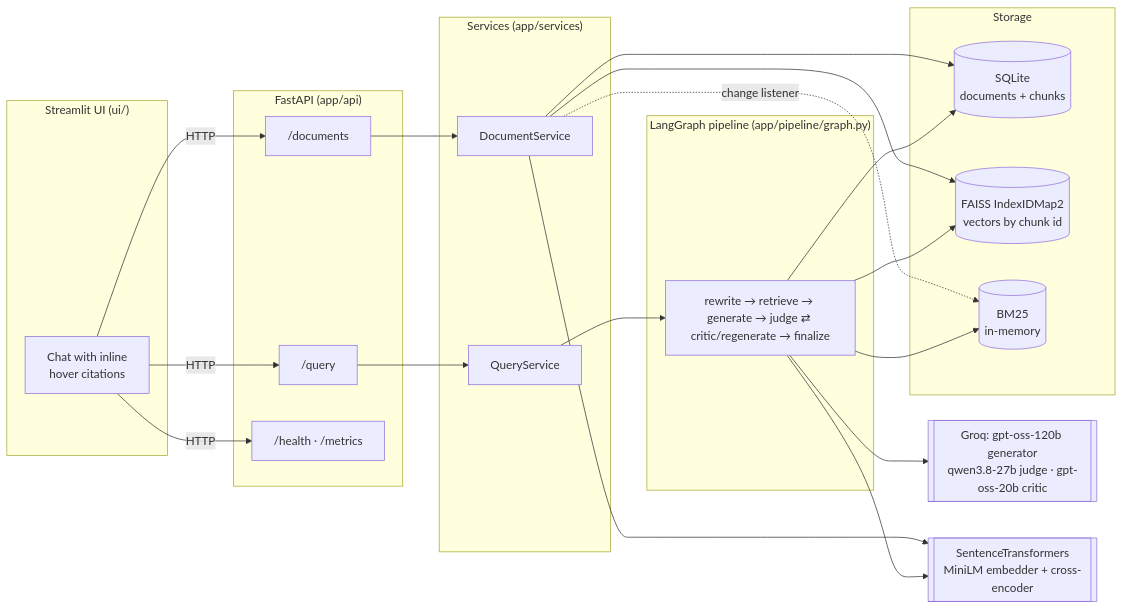
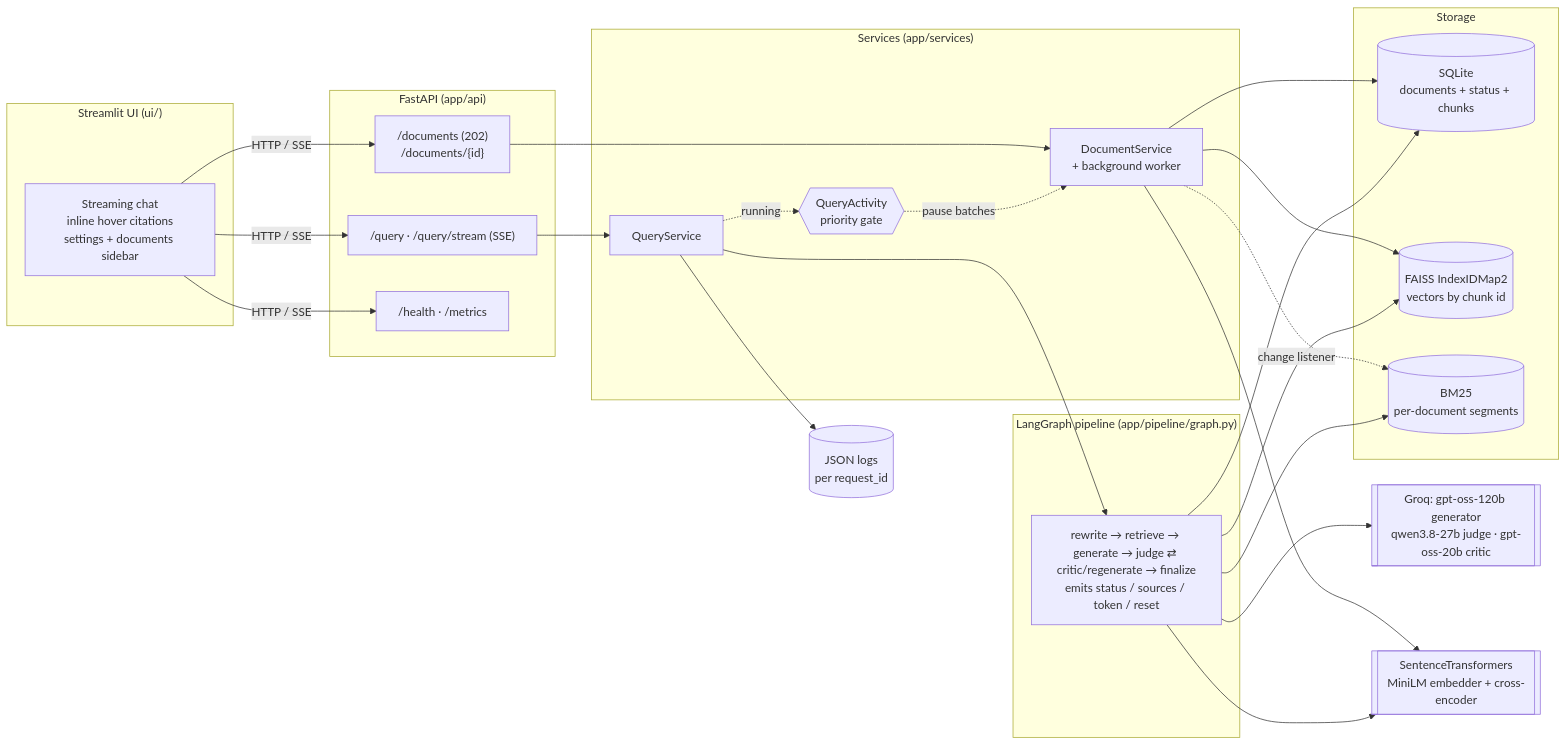
Before and after one commit to kalyani-2024/adversarial-rag: the first of 2 diagrams in docs/ARCHITECTURE.md, drawn with Mermaid. The commit also changed other lines of this file and 3 other files, not shown here.

First line of the commit message:
Docs: full consistency pass for streaming, background ingestion, faster retrieval

````diff
--- a/docs/ARCHITECTURE.md
+++ b/docs/ARCHITECTURE.md
@@ -7,33 +7,37 @@
 ```mermaid
 flowchart LR
     subgraph UI["Streamlit UI (ui/)"]
-        U[Chat with inline<br/>hover citations]
+        U[Streaming chat<br/>inline hover citations<br/>settings + documents sidebar]
     end
     subgraph API["FastAPI (app/api)"]
-        R1["/documents"]
-        R2["/query"]
+        R1["/documents (202)<br/>/documents/{id}"]
+        R2["/query · /query/stream (SSE)"]
         R3["/health · /metrics"]
     end
     subgraph Services["Services (app/services)"]
-        DS[DocumentService]
+        DS[DocumentService<br/>+ background worker]
         QS[QueryService]
+        PG{{QueryActivity<br/>priority gate}}
     end
     subgraph Pipeline["LangGraph pipeline (app/pipeline/graph.py)"]
-        G[rewrite → retrieve → generate → judge ⇄ critic/regenerate → finalize]
+        G[rewrite → retrieve → generate → judge ⇄ critic/regenerate → finalize<br/>emits status / sources / token / reset]
     end
     subgraph Storage
-        SQL[(SQLite<br/>documents + chunks)]
+        SQL[(SQLite<br/>documents + status + chunks)]
         FAISS[(FAISS IndexIDMap2<br/>vectors by chunk id)]
-        BM25[(BM25<br/>in-memory)]
+        BM25[(BM25<br/>per-document segments)]
     end
     LLM[[Groq: gpt-oss-120b generator<br/>qwen3.8-27b judge · gpt-oss-20b critic]]
     ST[[SentenceTransformers<br/>MiniLM embedder + cross-encoder]]
+    LOG[(JSON logs<br/>per request_id)]
 
-    U -- HTTP --> R1 & R2 & R3
+    U -- HTTP / SSE --> R1 & R2 & R3
     R1 --> DS --> SQL & FAISS
     DS -. change listener .-> BM25
     R2 --> QS --> G
+    QS -. running .-> PG -. pause batches .-> DS
     G --> FAISS & BM25 & SQL
     G --> LLM
     DS & G --> ST
+    QS --> LOG
 ```
````
